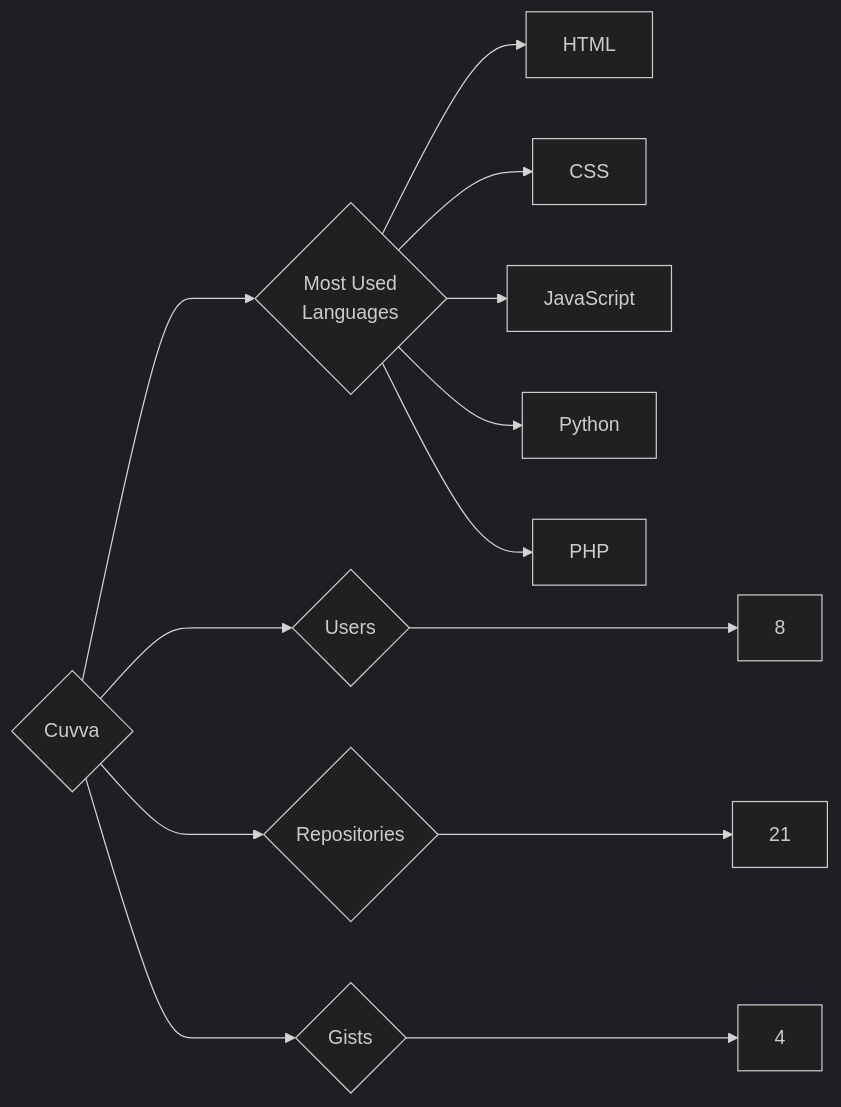
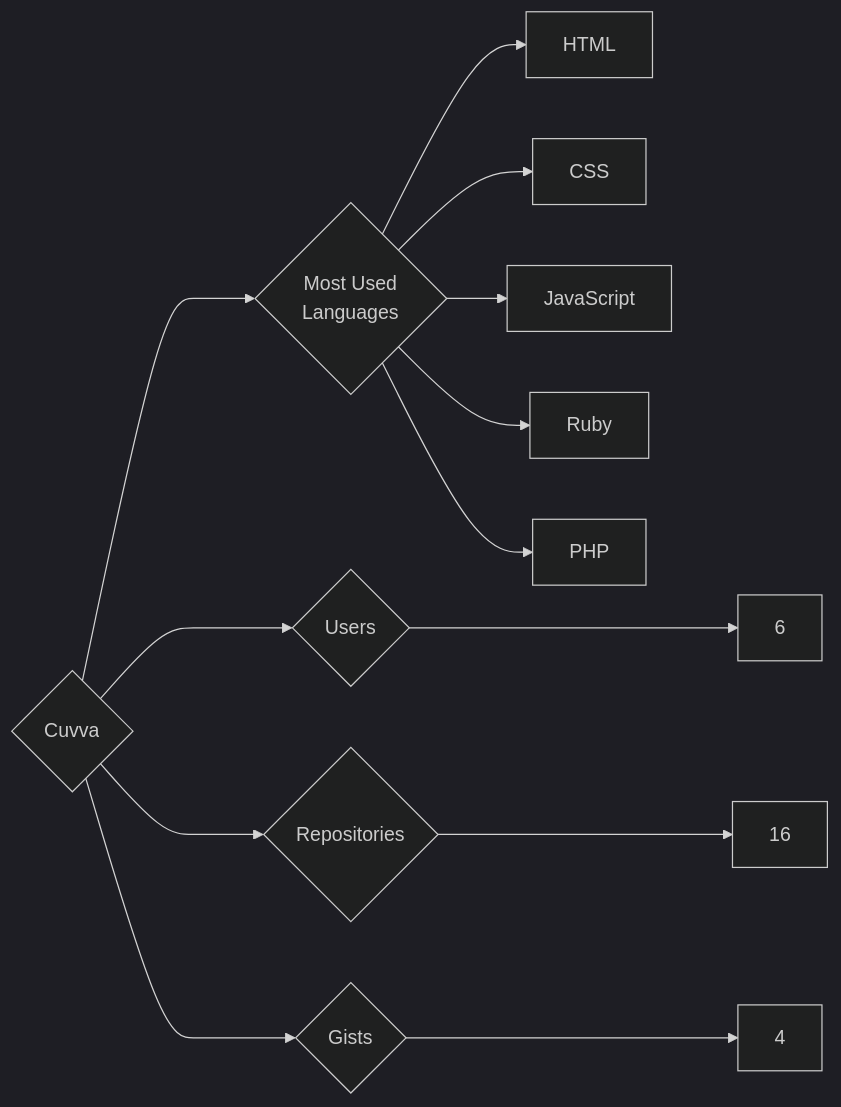
The diagram in targets/Cuvva/README.md (trickest/insiders), drawn with Mermaid (dark theme) before and after one commit. The commit also changed 1055 other files, not shown here.

````diff
--- a/targets/Cuvva/README.md
+++ b/targets/Cuvva/README.md
@@ -3,13 +3,13 @@
 ```mermaid
 graph LR
 COMPANY_NAME{Cuvva}
-COMPANY_NAME ---> U{Users} ---> UN[8]
-COMPANY_NAME ---> R{Repositories} ---> RN[21]
+COMPANY_NAME ---> U{Users} ---> UN[6]
+COMPANY_NAME ---> R{Repositories} ---> RN[16]
 COMPANY_NAME ---> G{Gists} ---> GN[4]
 COMPANY_NAME ---> ML{Most Used<br>Languages}
 ML --> HTML[HTML]
 ML --> CSS[CSS]
 ML --> JavaScript[JavaScript]
-ML --> Python[Python]
+ML --> Ruby[Ruby]
 ML --> PHP[PHP]
 ```
````
